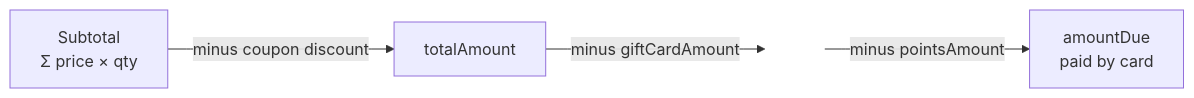
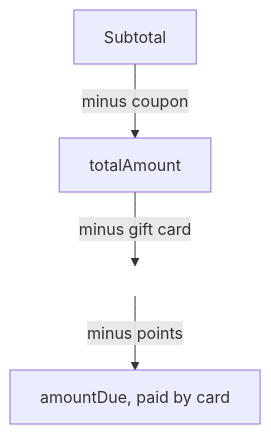
The diagram in docs-site/docs/flows/cart.md (slawekradzyminski/awesome-localstack), drawn with Mermaid before and after one commit. The commit also changed 27 other files, not shown here.

First line of the commit message:
Fix unrendered wiki diagrams and make every diagram readable

````diff
--- a/docs-site/docs/flows/cart.md
+++ b/docs-site/docs/flows/cart.md
@@ -7,7 +7,7 @@
 ```mermaid
-flowchart LR
-    S[Subtotal<br/>Σ price × qty] -->|minus coupon discount| T[totalAmount]
-    T -->|minus giftCardAmount| A1[ ]
-    A1 -->|minus pointsAmount| D[amountDue<br/>paid by card]
-    style A1 fill:none,stroke:none
+flowchart TB
+    S[Subtotal] -->|minus coupon| T[totalAmount]
+    T -->|minus gift card| G[ ]
+    G -->|minus points| D[amountDue, paid by card]
+    style G fill:none,stroke:none
 ```
````
